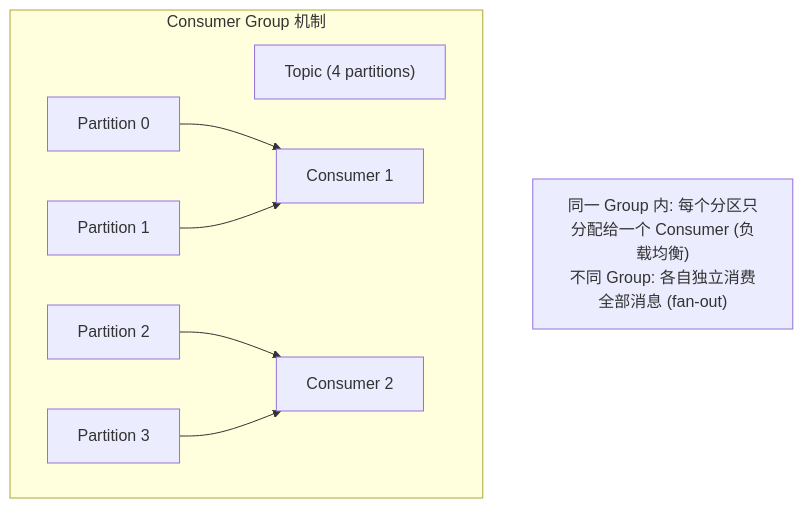
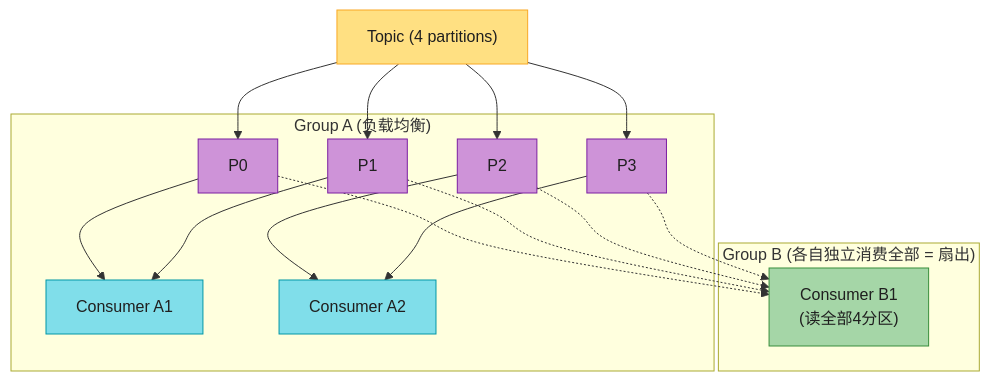
The sixth of 20 diagrams in ch12-流处理.md (socoo123/ddia_2nd), drawn with Mermaid before and after one commit. The commit also changed other lines of this file and 5 other files, not shown here.

````diff
--- a/ch12-流处理.md
+++ b/ch12-流处理.md
@@ -108,11 +275,30 @@
 ```mermaid
-graph TD
-    subgraph CG["Consumer Group 机制"]
-        TOPIC2["Topic (4 partitions)"]
-        P0["Partition 0"] --> C1["Consumer 1"]
-        P1["Partition 1"] --> C1
-        P2["Partition 2"] --> C2["Consumer 2"]
-        P3["Partition 3"] --> C2
+flowchart TD
+    TOPIC["Topic (4 partitions)"]
+    TOPIC --> P0["P0"]
+    TOPIC --> P1["P1"]
+    TOPIC --> P2["P2"]
+    TOPIC --> P3["P3"]
+
+    subgraph G1["Group A (负载均衡)"]
+        P0 --> CA1["Consumer A1"]
+        P1 --> CA1
+        P2 --> CA2["Consumer A2"]
+        P3 --> CA2
     end
-    NOTE["同一 Group 内: 每个分区只分配给一个 Consumer (负载均衡)<br/>不同 Group: 各自独立消费全部消息 (fan-out)"]
+    subgraph G2["Group B (各自独立消费全部 = 扇出)"]
+        P0 -.-> CB1["Consumer B1<br/>(读全部4分区)"]
+        P1 -.-> CB1
+        P2 -.-> CB1
+        P3 -.-> CB1
+    end
+
+    style TOPIC fill:#FFE082,stroke:#F9A825,color:#1f1f1f
+    style P0 fill:#CE93D8,stroke:#7B1FA2,color:#1f1f1f
+    style P1 fill:#CE93D8,stroke:#7B1FA2,color:#1f1f1f
+    style P2 fill:#CE93D8,stroke:#7B1FA2,color:#1f1f1f
+    style P3 fill:#CE93D8,stroke:#7B1FA2,color:#1f1f1f
+    style CA1 fill:#80DEEA,stroke:#0097A7,color:#1f1f1f
+    style CA2 fill:#80DEEA,stroke:#0097A7,color:#1f1f1f
+    style CB1 fill:#A5D6A7,stroke:#388E3C,color:#1f1f1f
 ```
````
